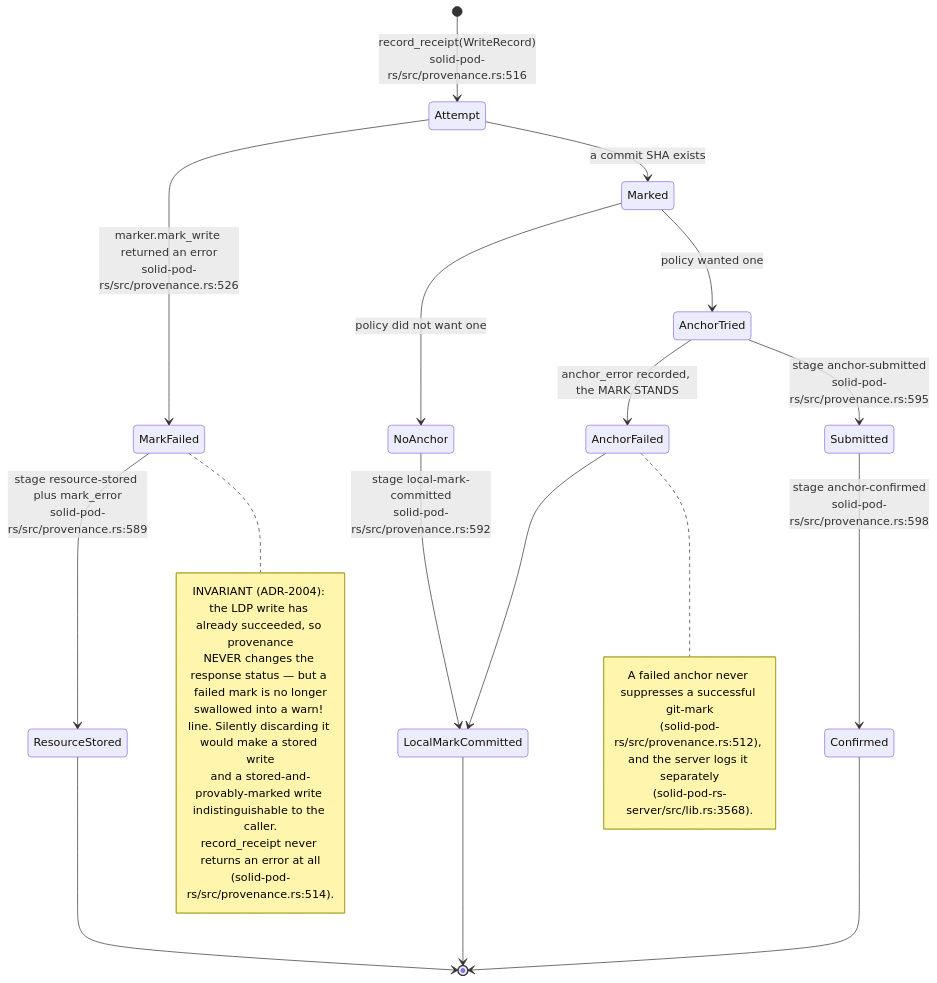
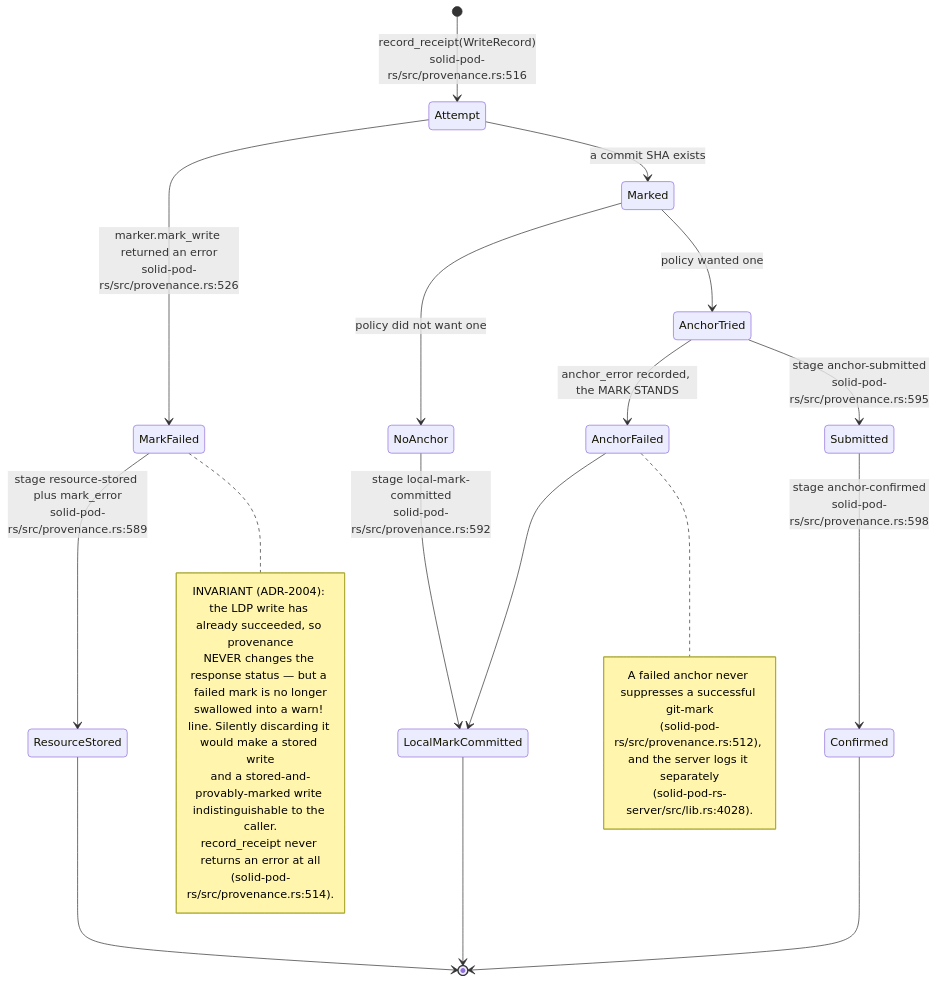
Before and after one commit to DreamLab-AI/VisionFlow: the fourth of 19 diagrams in docs/diagrams/solid-pod-rs/07-provenance-and-payments.md, drawn with Mermaid. The commit also changed other lines of this file and 160 other files, not shown here.

````diff
--- a/docs/diagrams/solid-pod-rs/07-provenance-and-payments.md
+++ b/docs/diagrams/solid-pod-rs/07-provenance-and-payments.md
@@ -128,34 +130,34 @@
 ```mermaid
 stateDiagram-v2
     [*] --> Attempt: record_receipt(WriteRecord)<br/>solid-pod-rs/src/provenance.rs:516
     Attempt --> MarkFailed: marker.mark_write returned an error<br/>solid-pod-rs/src/provenance.rs:526
     Attempt --> Marked: a commit SHA exists
 
     MarkFailed --> ResourceStored: stage resource-stored plus mark_error<br/>solid-pod-rs/src/provenance.rs:589
     Marked --> NoAnchor: policy did not want one
     Marked --> AnchorTried: policy wanted one
 
     NoAnchor --> LocalMarkCommitted: stage local-mark-committed<br/>solid-pod-rs/src/provenance.rs:592
     AnchorTried --> AnchorFailed: anchor_error recorded, the MARK STANDS
     AnchorTried --> Submitted: stage anchor-submitted<br/>solid-pod-rs/src/provenance.rs:595
     Submitted --> Confirmed: stage anchor-confirmed<br/>solid-pod-rs/src/provenance.rs:598
     AnchorFailed --> LocalMarkCommitted
 
     ResourceStored --> [*]
     LocalMarkCommitted --> [*]
     Confirmed --> [*]
 
     note right of MarkFailed
       INVARIANT (ADR-2004): the LDP write has already succeeded, so provenance
       NEVER changes the response status — but a failed mark is no longer
       swallowed into a warn! line. Silently discarding it would make a stored write
       and a stored-and-provably-marked write indistinguishable to the caller.
       record_receipt never returns an error at all
       (solid-pod-rs/src/provenance.rs:514).
     end note
     note right of AnchorFailed
       A failed anchor never suppresses a successful git-mark
       (solid-pod-rs/src/provenance.rs:512), and the server logs it separately
-      (solid-pod-rs-server/src/lib.rs:3568).
+      (solid-pod-rs-server/src/lib.rs:4028).
     end note
 ```
````
